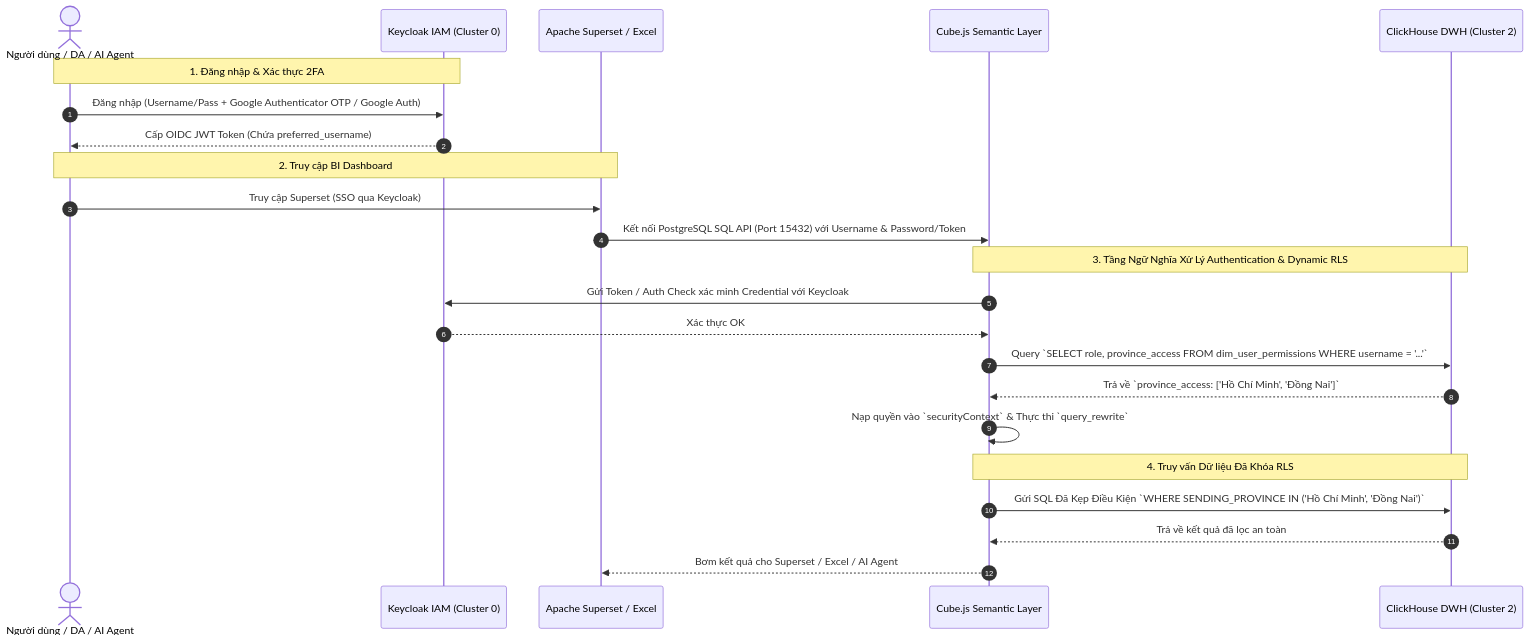
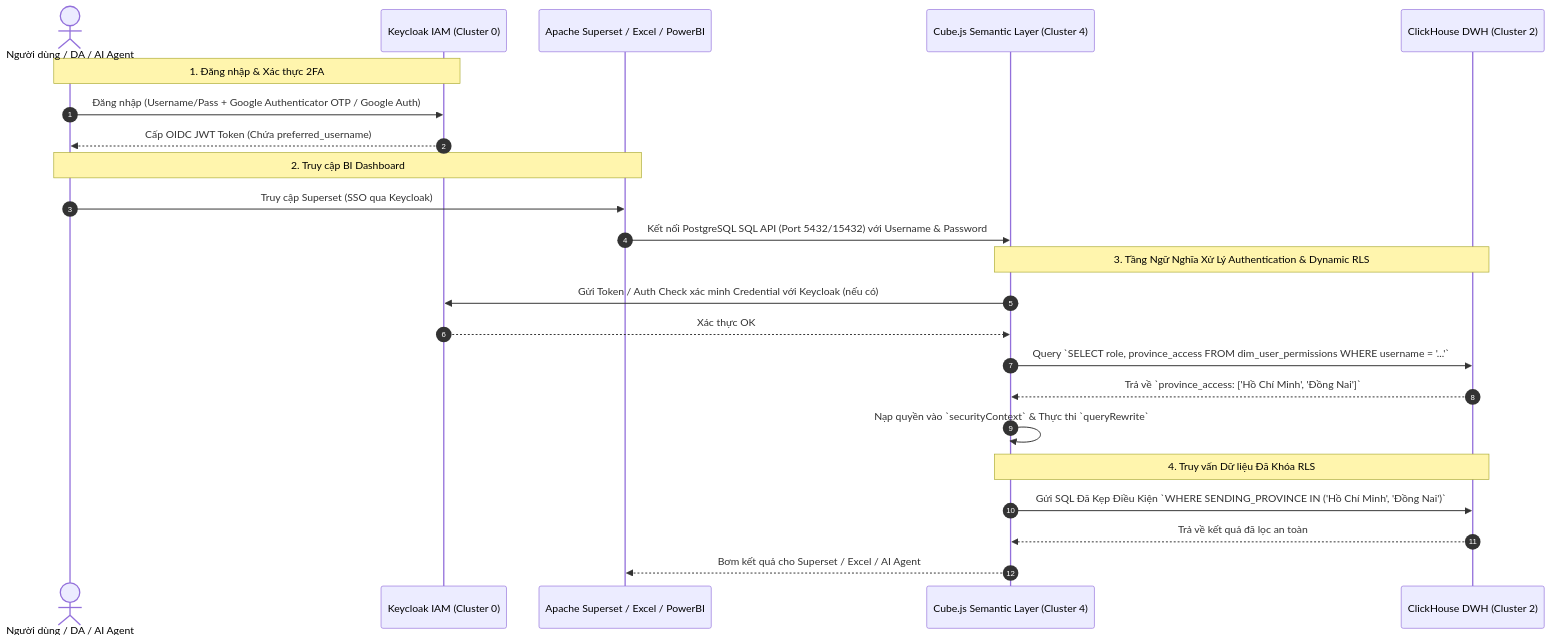
Before and after one commit to TamBui1704/Enterprise-Logistics-Data-Hub: the first of 2 diagrams in GUIDE_BI_CUBE_SUPERSET.md, drawn with Mermaid. The commit also changed other lines of this file and 10 other files, not shown here.

````diff
--- a/GUIDE_BI_CUBE_SUPERSET.md
+++ b/GUIDE_BI_CUBE_SUPERSET.md
@@ -11,29 +11,29 @@
 ```mermaid
 sequenceDiagram
     autonumber
     actor User as Người dùng / DA / AI Agent
     participant KC as Keycloak IAM (Cluster 0)
-    participant SS as Apache Superset / Excel
-    participant Cube as Cube.js Semantic Layer
+    participant SS as Apache Superset / Excel / PowerBI
+    participant Cube as Cube.js Semantic Layer (Cluster 4)
     participant CH as ClickHouse DWH (Cluster 2)
 
     Note over User, KC: 1. Đăng nhập & Xác thực 2FA
     User->>KC: Đăng nhập (Username/Pass + Google Authenticator OTP / Google Auth)
     KC-->>User: Cấp OIDC JWT Token (Chứa preferred_username)
 
     Note over User, SS: 2. Truy cập BI Dashboard
     User->>SS: Truy cập Superset (SSO qua Keycloak)
-    SS->>Cube: Kết nối PostgreSQL SQL API (Port 15432) với Username & Password/Token
+    SS->>Cube: Kết nối PostgreSQL SQL API (Port 5432/15432) với Username & Password
 
     Note over Cube, CH: 3. Tầng Ngữ Nghĩa Xử Lý Authentication & Dynamic RLS
-    Cube->>KC: Gửi Token / Auth Check xác minh Credential với Keycloak
+    Cube->>KC: Gửi Token / Auth Check xác minh Credential với Keycloak (nếu có)
     KC-->>Cube: Xác thực OK
     Cube->>CH: Query `SELECT role, province_access FROM dim_user_permissions WHERE username = '...'`
     CH-->>Cube: Trả về `province_access: ['Hồ Chí Minh', 'Đồng Nai']`
-    Cube->>Cube: Nạp quyền vào `securityContext` & Thực thi `query_rewrite`
+    Cube->>Cube: Nạp quyền vào `securityContext` & Thực thi `queryRewrite`
 
     Note over Cube, CH: 4. Truy vấn Dữ liệu Đã Khóa RLS
     Cube->>CH: Gửi SQL Đã Kẹp Điều Kiện `WHERE SENDING_PROVINCE IN ('Hồ Chí Minh', 'Đồng Nai')`
     CH-->>Cube: Trả về kết quả đã lọc an toàn
     Cube-->>SS: Bơm kết quả cho Superset / Excel / AI Agent
 ```
````
